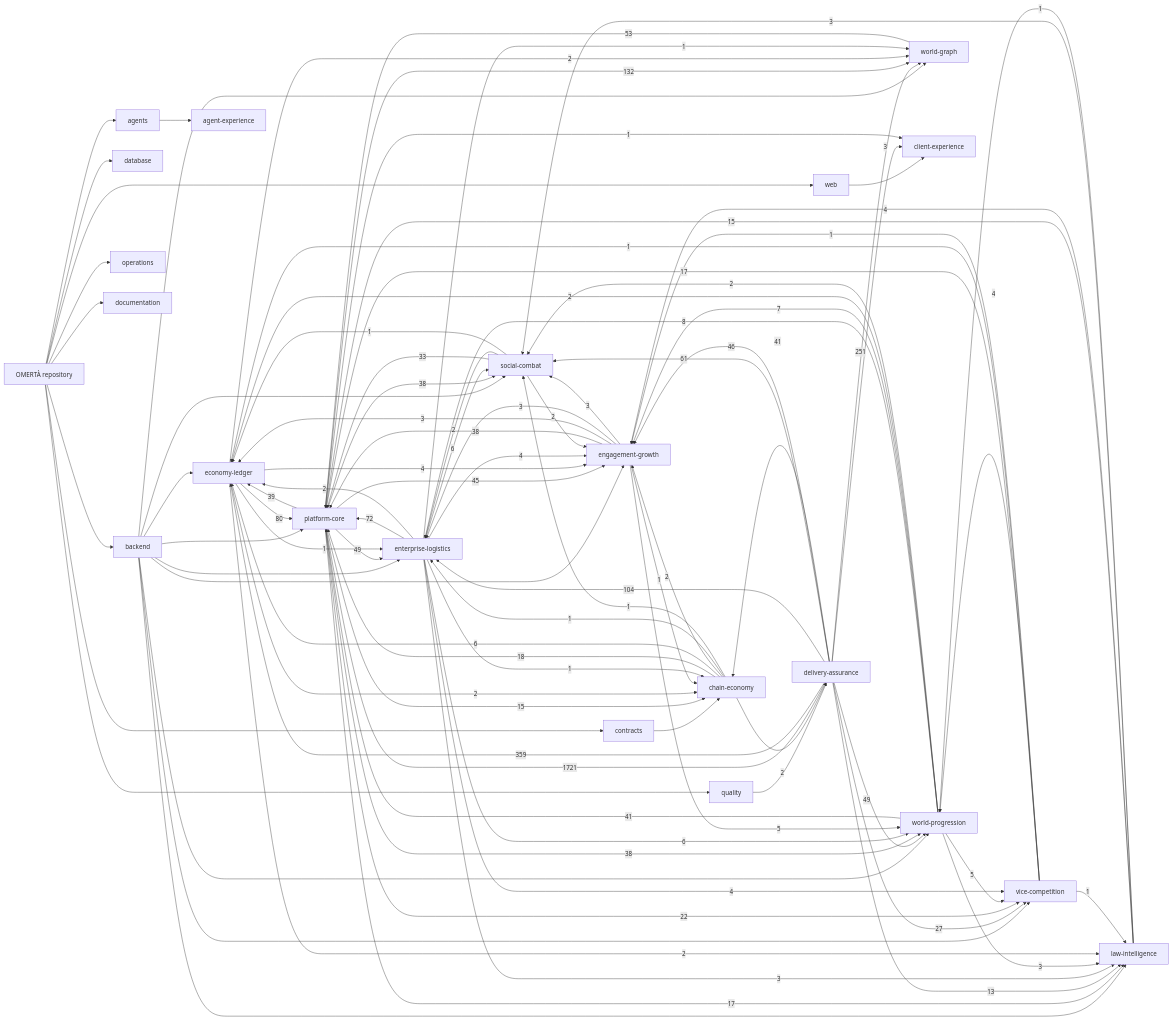
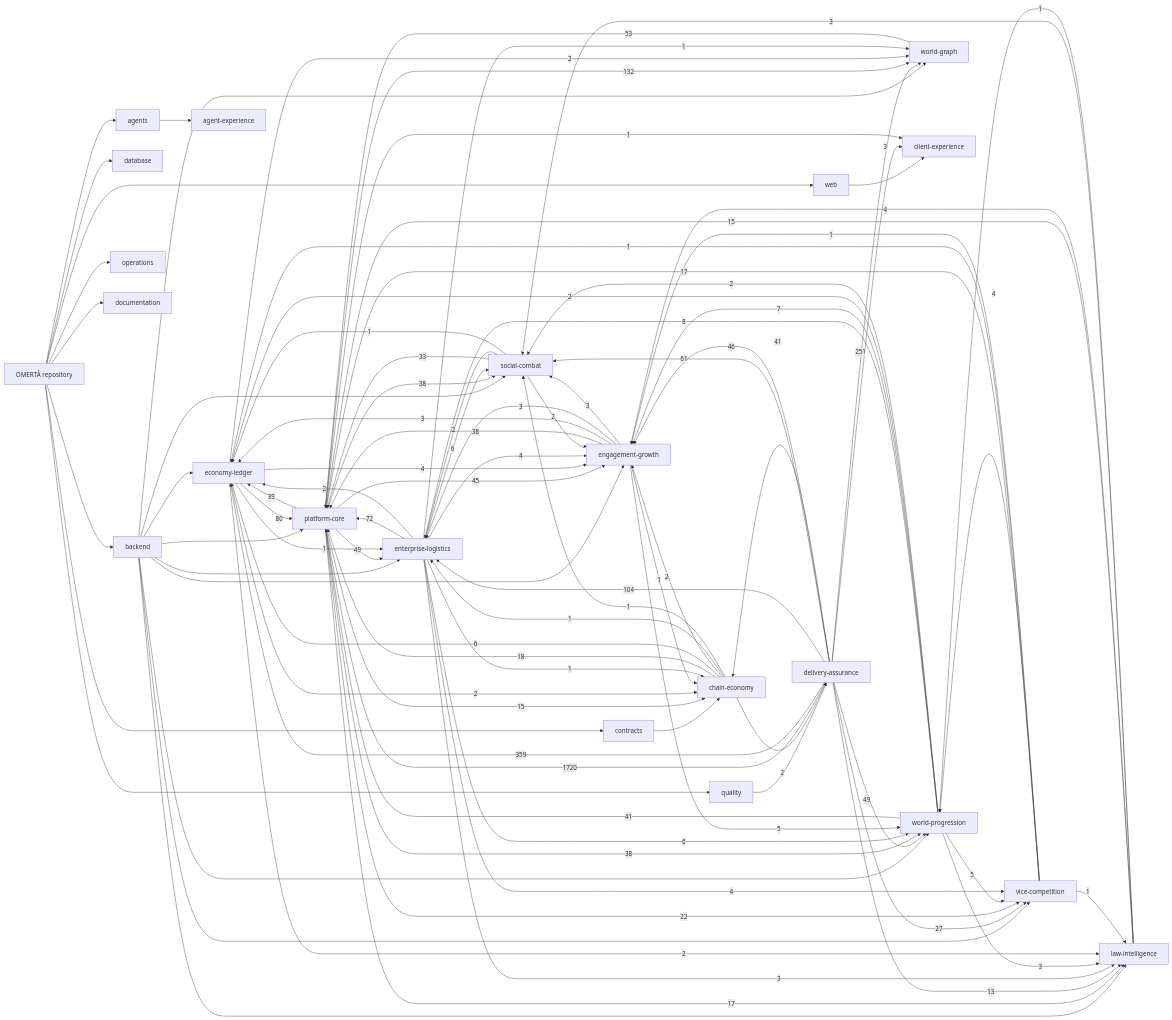
The diagram in knowledge/generated/graph.mmd (OmertaDev/Omerta), drawn with Mermaid before and after one commit. The commit also changed 7 other files, not shown here.

```diff
--- a/knowledge/generated/graph.mmd
+++ b/knowledge/generated/graph.mmd
@@ -1,113 +1,113 @@
 flowchart LR
   repo["OMERTÀ repository"]
   sub_backend["backend"]
   repo --> sub_backend
   sub_database["database"]
   repo --> sub_database
   sub_web["web"]
   repo --> sub_web
   sub_contracts["contracts"]
   repo --> sub_contracts
   sub_agents["agents"]
   repo --> sub_agents
   sub_quality["quality"]
   repo --> sub_quality
   sub_operations["operations"]
   repo --> sub_operations
   sub_documentation["documentation"]
   repo --> sub_documentation
   dom_platform-core["platform-core"]
   dom_economy-ledger["economy-ledger"]
   dom_social-combat["social-combat"]
   dom_world-progression["world-progression"]
   dom_world-graph["world-graph"]
   dom_enterprise-logistics["enterprise-logistics"]
   dom_vice-competition["vice-competition"]
   dom_law-intelligence["law-intelligence"]
   dom_chain-economy["chain-economy"]
   dom_engagement-growth["engagement-growth"]
   dom_client-experience["client-experience"]
   dom_agent-experience["agent-experience"]
   dom_delivery-assurance["delivery-assurance"]
   sub_agents --> dom_agent-experience
   sub_backend --> dom_economy-ledger
   sub_backend --> dom_engagement-growth
   sub_backend --> dom_enterprise-logistics
   sub_backend --> dom_law-intelligence
   sub_backend --> dom_platform-core
   sub_backend --> dom_social-combat
   sub_backend --> dom_vice-competition
   sub_backend --> dom_world-graph
   sub_backend --> dom_world-progression
   sub_contracts --> dom_chain-economy
   sub_quality --> dom_delivery-assurance
   sub_web --> dom_client-experience
-  dom_delivery-assurance -->|1721| dom_platform-core
+  dom_delivery-assurance -->|1720| dom_platform-core
   dom_delivery-assurance -->|359| dom_economy-ledger
   dom_delivery-assurance -->|251| dom_world-graph
   dom_platform-core -->|132| dom_world-graph
   dom_delivery-assurance -->|104| dom_enterprise-logistics
   dom_economy-ledger -->|80| dom_platform-core
   dom_enterprise-logistics -->|72| dom_platform-core
   dom_delivery-assurance -->|61| dom_social-combat
   dom_world-graph -->|53| dom_platform-core
   dom_delivery-assurance -->|49| dom_world-progression
   dom_platform-core -->|49| dom_enterprise-logistics
   dom_delivery-assurance -->|46| dom_engagement-growth
   dom_platform-core -->|45| dom_engagement-growth
   dom_delivery-assurance -->|41| dom_chain-economy
   dom_world-progression -->|41| dom_platform-core
   dom_platform-core -->|39| dom_economy-ledger
   dom_engagement-growth -->|38| dom_platform-core
   dom_platform-core -->|38| dom_social-combat
   dom_platform-core -->|38| dom_world-progression
   dom_social-combat -->|33| dom_platform-core
   dom_delivery-assurance -->|27| dom_vice-competition
   dom_platform-core -->|22| dom_vice-competition
   dom_chain-economy -->|18| dom_platform-core
   dom_platform-core -->|17| dom_law-intelligence
   dom_vice-competition -->|17| dom_platform-core
   dom_law-intelligence -->|15| dom_platform-core
   dom_platform-core -->|15| dom_chain-economy
   dom_delivery-assurance -->|13| dom_law-intelligence
   dom_world-progression -->|8| dom_enterprise-logistics
   dom_world-progression -->|7| dom_engagement-growth
   dom_chain-economy -->|6| dom_economy-ledger
   dom_enterprise-logistics -->|6| dom_social-combat
   dom_enterprise-logistics -->|6| dom_world-progression
   dom_engagement-growth -->|5| dom_world-progression
   dom_world-progression -->|5| dom_vice-competition
   dom_economy-ledger -->|4| dom_engagement-growth
   dom_enterprise-logistics -->|4| dom_engagement-growth
   dom_enterprise-logistics -->|4| dom_vice-competition
   dom_law-intelligence -->|4| dom_engagement-growth
   dom_vice-competition -->|4| dom_world-progression
   dom_delivery-assurance -->|3| dom_client-experience
   dom_engagement-growth -->|3| dom_economy-ledger
   dom_engagement-growth -->|3| dom_enterprise-logistics
   dom_engagement-growth -->|3| dom_social-combat
   dom_enterprise-logistics -->|3| dom_law-intelligence
   dom_law-intelligence -->|3| dom_social-combat
   dom_world-progression -->|3| dom_law-intelligence
   dom_chain-economy -->|2| dom_delivery-assurance
   dom_chain-economy -->|2| dom_engagement-growth
   dom_economy-ledger -->|2| dom_chain-economy
   dom_economy-ledger -->|2| dom_law-intelligence
   dom_economy-ledger -->|2| dom_world-graph
   dom_enterprise-logistics -->|2| dom_economy-ledger
   dom_social-combat -->|2| dom_engagement-growth
   dom_social-combat -->|2| dom_enterprise-logistics
   dom_world-progression -->|2| dom_economy-ledger
   dom_world-progression -->|2| dom_social-combat
   dom_chain-economy -->|1| dom_enterprise-logistics
   dom_chain-economy -->|1| dom_social-combat
   dom_economy-ledger -->|1| dom_enterprise-logistics
   dom_engagement-growth -->|1| dom_chain-economy
   dom_enterprise-logistics -->|1| dom_chain-economy
   dom_enterprise-logistics -->|1| dom_world-graph
   dom_law-intelligence -->|1| dom_world-progression
   dom_platform-core -->|1| dom_client-experience
   dom_social-combat -->|1| dom_economy-ledger
   dom_vice-competition -->|1| dom_economy-ledger
   dom_vice-competition -->|1| dom_engagement-growth
   dom_vice-competition -->|1| dom_law-intelligence
```
